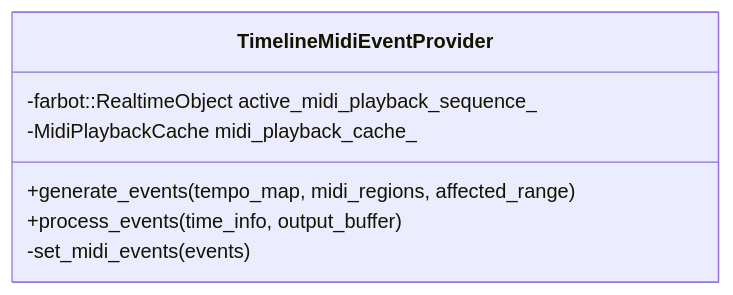
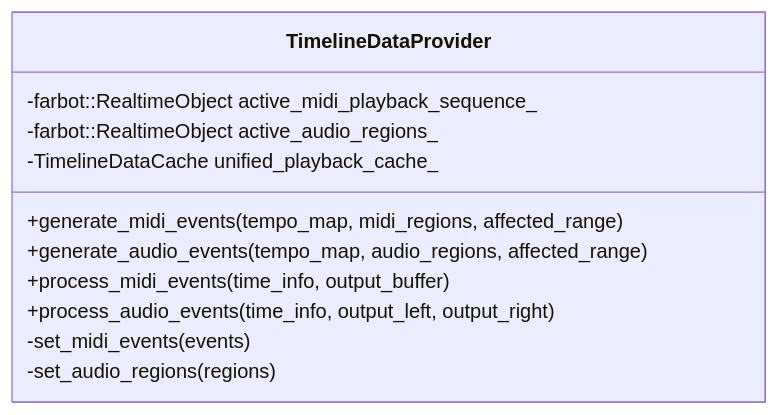
The third of 4 diagrams in doc/dev/playback_cache_architecture.md (zrythm/zrythm), drawn with Mermaid before and after one commit. The commit also changed other lines of this file and 9 other files, not shown here.

Commit message:
MidiPlaybackCache: rename to TimelineDataCache and add audio functionality

````diff
--- a/doc/dev/playback_cache_architecture.md
+++ b/doc/dev/playback_cache_architecture.md
@@ -99,10 +105,14 @@
 ```mermaid
 classDiagram
-    class TimelineMidiEventProvider {
-        +generate_events(tempo_map, midi_regions, affected_range)
-        +process_events(time_info, output_buffer)
+    class TimelineDataProvider {
+        +generate_midi_events(tempo_map, midi_regions, affected_range)
+        +generate_audio_events(tempo_map, audio_regions, affected_range)
+        +process_midi_events(time_info, output_buffer)
+        +process_audio_events(time_info, output_left, output_right)
         -set_midi_events(events)
+        -set_audio_regions(regions)
         -farbot::RealtimeObject active_midi_playback_sequence_
-        -MidiPlaybackCache midi_playback_cache_
+        -farbot::RealtimeObject active_audio_regions_
+        -TimelineDataCache unified_playback_cache_
     }
 ```
````
